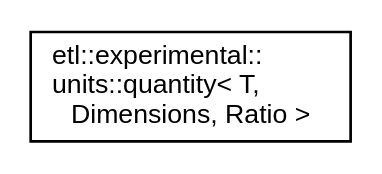
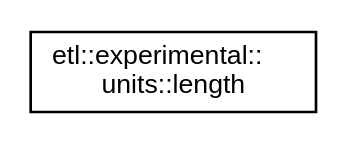
The diagram in inherit_graph_16.dot (tobanteAudio/taetl), drawn with Graphviz before and after one commit. The commit also changed 117 other files, not shown here.

```diff
--- a/inherit_graph_16.dot
+++ b/inherit_graph_16.dot
@@ -1,7 +1,7 @@
 digraph "Graphical Class Hierarchy"
 {
   edge [fontname="Helvetica",fontsize="10",labelfontname="Helvetica",labelfontsize="10"];
   node [fontname="Helvetica",fontsize="10",shape=record];
   rankdir="LR";
-  Node0 [label="etl::experimental::\lunits::quantity\< T,\l Dimensions, Ratio \>",height=0.2,width=0.4,color="black", fillcolor="white", style="filled",URL="$structetl_1_1experimental_1_1units_1_1quantity.html"];
+  Node0 [label="etl::experimental::\lunits::length",height=0.2,width=0.4,color="black", fillcolor="white", style="filled",URL="$structetl_1_1experimental_1_1units_1_1length.html"];
 }
```
